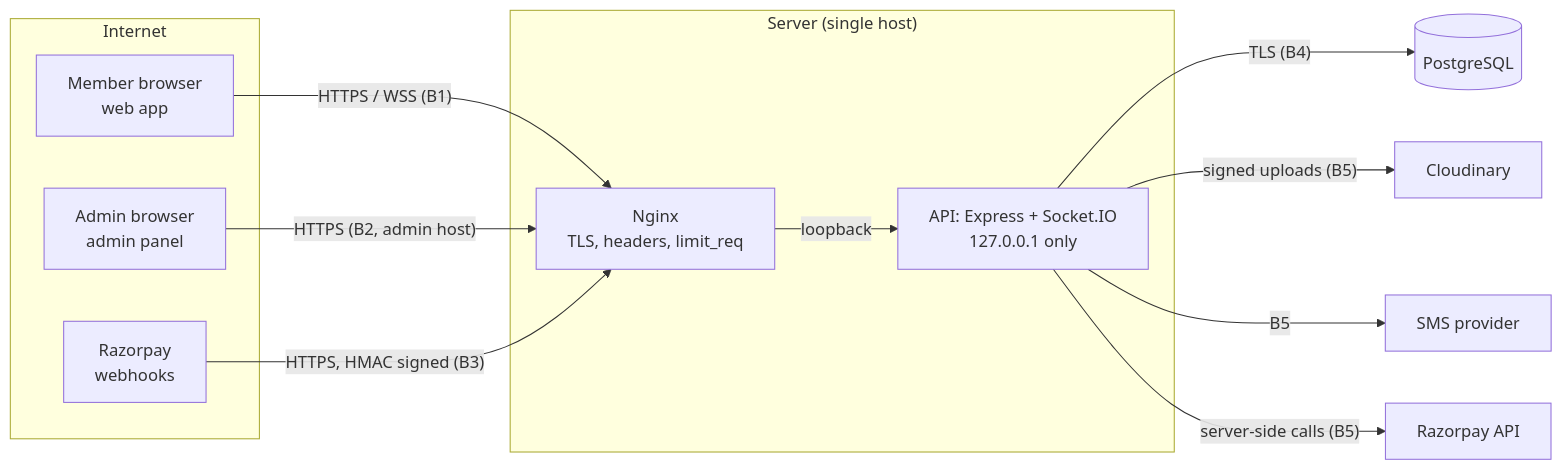
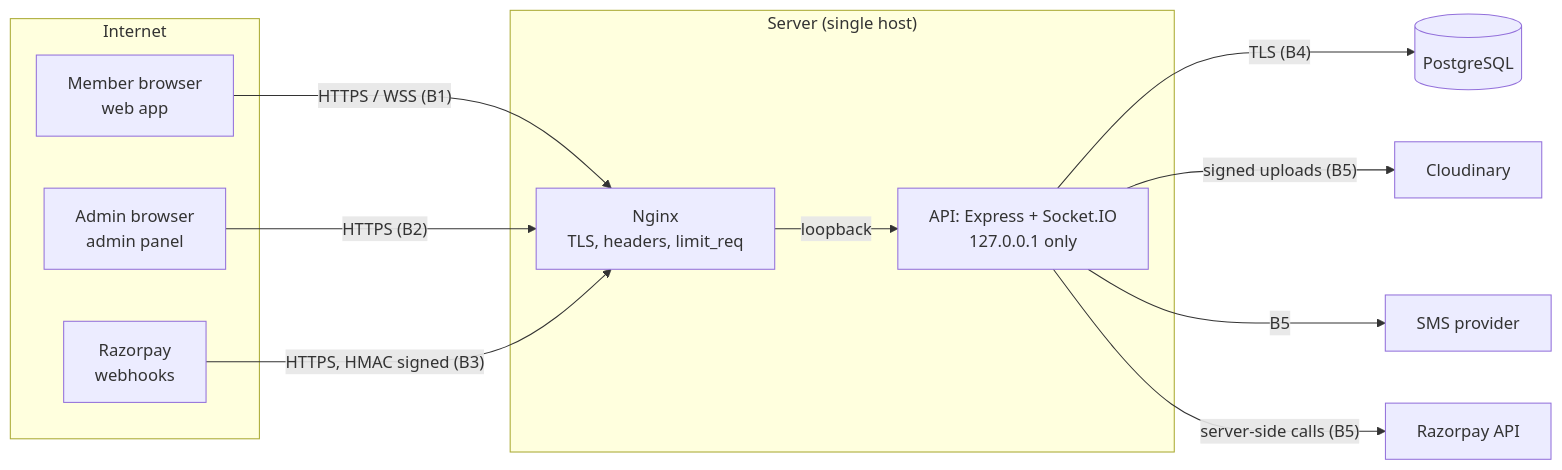
The diagram in docs/security/threat-model.md (raviraja03/garba-partner), drawn with Mermaid before and after one commit. The commit also changed other lines of this file and 52 other files, not shown here.

````diff
--- a/docs/security/threat-model.md
+++ b/docs/security/threat-model.md
@@ -43,25 +43,25 @@
 ```mermaid
 flowchart LR
   subgraph Internet
     M[Member browser<br/>web app]
     A[Admin browser<br/>admin panel]
     RZ[Razorpay<br/>webhooks]
   end
   subgraph Host["Server (single host)"]
     N[Nginx<br/>TLS, headers, limit_req]
     API[API: Express + Socket.IO<br/>127.0.0.1 only]
   end
   DB[(PostgreSQL)]
   CL[Cloudinary]
   SMS[SMS provider]
   RZAPI[Razorpay API]
 
   M -- "HTTPS / WSS (B1)" --> N
-  A -- "HTTPS (B2, admin host)" --> N
+  A -- "HTTPS (B2)" --> N
   RZ -- "HTTPS, HMAC signed (B3)" --> N
   N -- "loopback" --> API
   API -- "TLS (B4)" --> DB
   API -- "signed uploads (B5)" --> CL
   API -- "B5" --> SMS
   API -- "server-side calls (B5)" --> RZAPI
 ```
````
